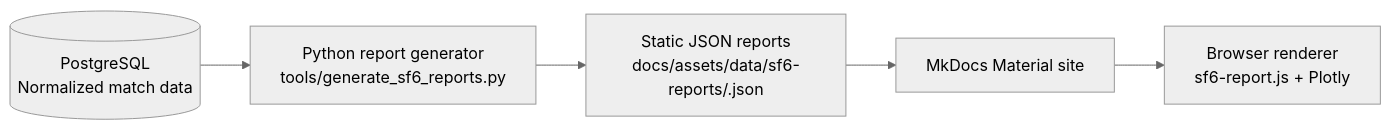
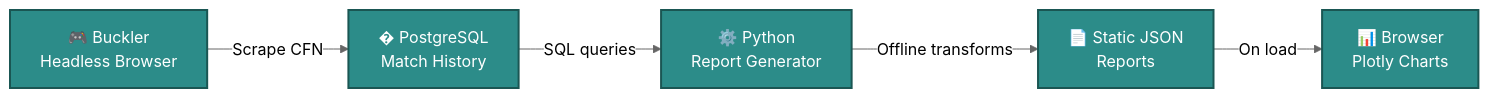
The diagram in docs/work/sf6/index.md (zach-king-analytics/personal_site), drawn with Mermaid (neutral theme) before and after one commit. The commit also changed other lines of this file and 5 other files, not shown here.

````diff
--- a/docs/work/sf6/index.md
+++ b/docs/work/sf6/index.md
@@ -39,7 +19,16 @@
 ```mermaid
-flowchart LR
-  A[(PostgreSQL<br/>Normalized match data)] --> B[Python report generator<br/>tools/generate_sf6_reports.py]
-  B --> C[Static JSON reports<br/>docs/assets/data/sf6-reports/<cfn>.json]
-  C --> D[MkDocs Material site]
-  D --> E[Browser renderer<br/>sf6-report.js + Plotly]
+graph LR
+  A["🎮 Buckler<br/>Headless Browser"]
+  B["� PostgreSQL<br/>Match History"]
+  C["⚙️ Python<br/>Report Generator"]
+  D["📄 Static JSON<br/>Reports"]
+  E["📊 Browser<br/>Plotly Charts"]
+  
+  A -->|Scrape CFN| B
+  B -->|SQL queries| C
+  C -->|Offline transforms| D
+  D -->|On load| E
+  
+  classDef stage fill:#2c8c89,stroke:#1a5653,stroke-width:2px,color:#fff
+  class A,B,C,D,E stage
 ```
````
